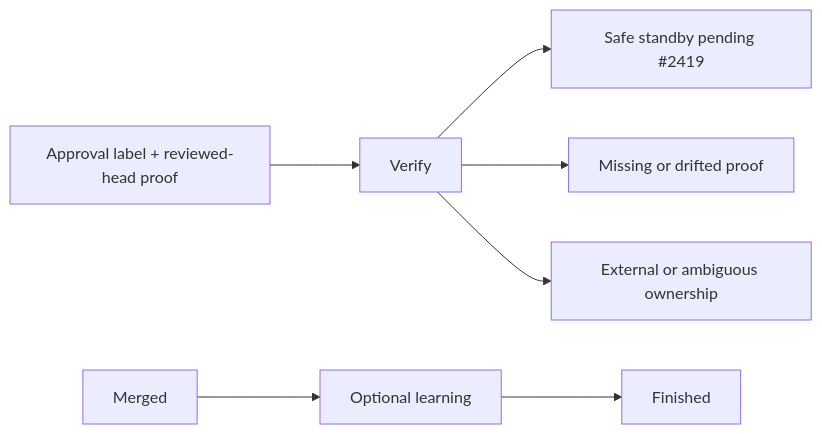
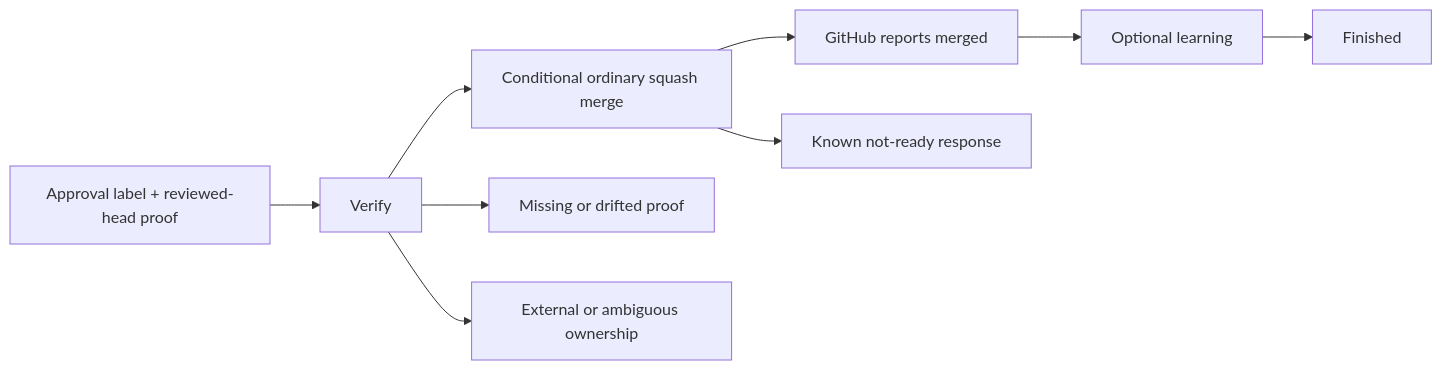
One commit to HomericIntelligence/Hephaestus changed diagram 13 of 16 in docs/architecture.md. Above: the diagram before and after it, drawn with Mermaid. The commit also changed other lines of this file and 22 other files, not shown here.

````diff
--- a/docs/architecture.md
+++ b/docs/architecture.md
@@ -961,8 +958,10 @@
 ```mermaid
 flowchart LR
     Approved["Approval label + reviewed-head proof"] --> Verify
-    Verify --> StandBy["Safe standby pending #2419"]
+    Verify --> Merge["Conditional ordinary squash merge"]
+    Merge --> Merged["GitHub reports merged"]
+    Merge --> Retry["Known not-ready response"]
     Verify --> Review["Missing or drifted proof"]
     Verify --> Operator["External or ambiguous ownership"]
     Merged --> Learn["Optional learning"] --> Finished
 ```
````
